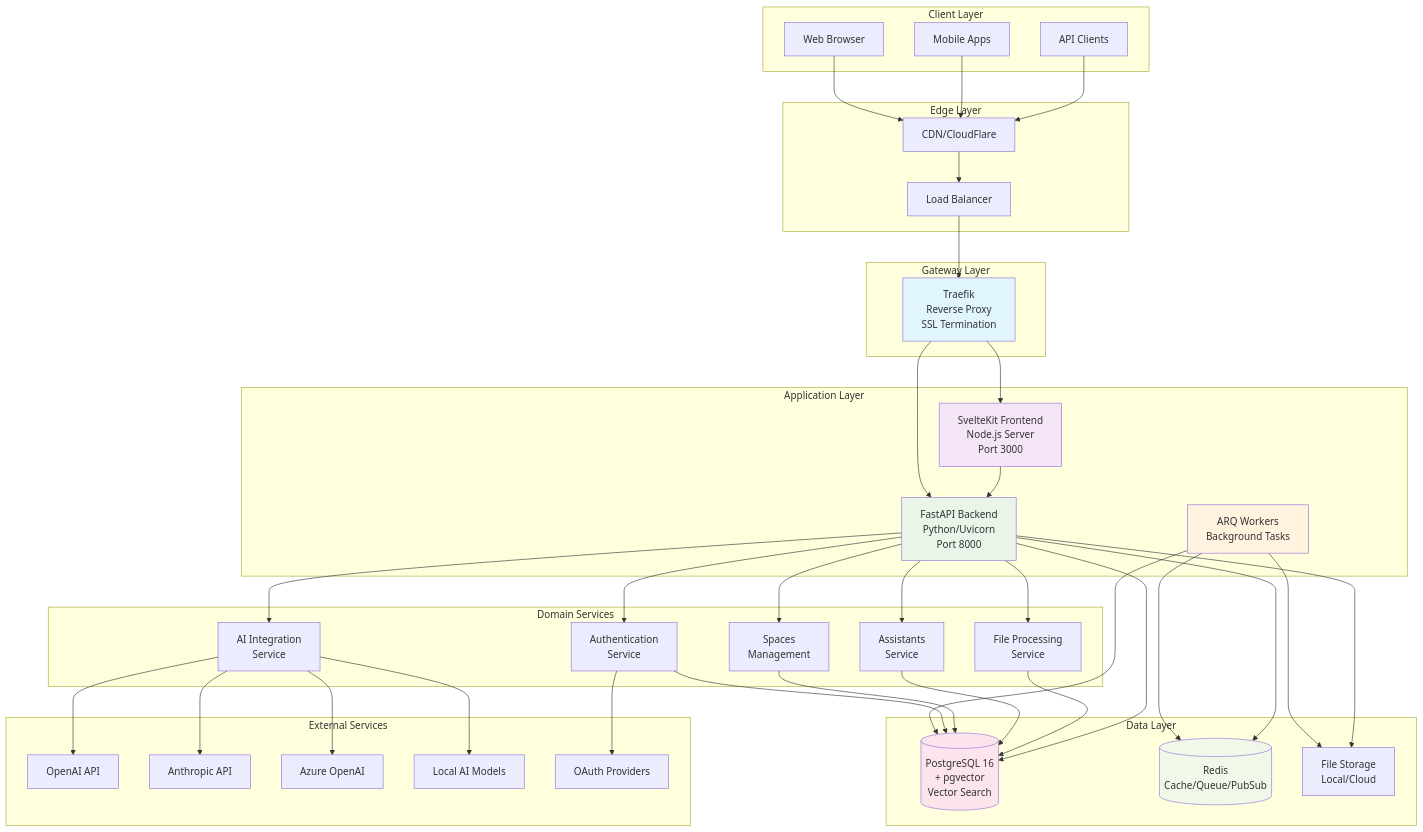
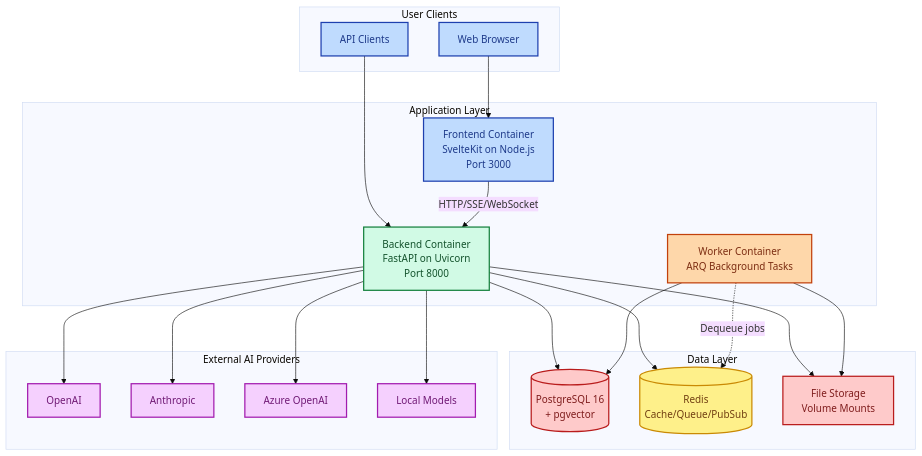
The second of 7 diagrams in docs/ARCHITECTURE.md (eneo-ai/eneo), drawn with Mermaid before and after one commit. The commit also changed other lines of this file, not shown here.

````diff
--- a/docs/ARCHITECTURE.md
+++ b/docs/ARCHITECTURE.md
@@ -27,87 +66,59 @@
 ```mermaid
-graph TB
-    subgraph "Client Layer"
+%%{init: {'theme': 'base'}}%%
+graph TD
+    classDef userFacing fill:#bfdbfe,stroke:#1e40af,stroke-width:2px,color:#1e3a8a
+    classDef appLogic fill:#d1fae5,stroke:#15803d,stroke-width:2px,color:#14532d
+    classDef dataStore fill:#fecaca,stroke:#b91c1c,stroke-width:2px,color:#7f1d1d
+    classDef caching fill:#fef08a,stroke:#ca8a04,stroke-width:2px,color:#713f12
+    classDef external fill:#f5d0fe,stroke:#a21caf,stroke-width:2px,color:#701a75
+    classDef workers fill:#fed7aa,stroke:#c2410c,stroke-width:2px,color:#7c2d12
+
+    subgraph "User Clients"
         WEB[Web Browser]
-        MOB[Mobile Apps]
-        API_CLIENT[API Clients]
+        API[API Clients]
     end
-    
-    subgraph "Edge Layer"
-        CDN[CDN/CloudFlare]
-        LB[Load Balancer]
+
+    subgraph "Application Layer"
+        FE[Frontend Container<br/>SvelteKit on Node.js<br/>Port 3000]
+        BE[Backend Container<br/>FastAPI on Uvicorn<br/>Port 8000]
+        WK[Worker Container<br/>ARQ Background Tasks]
     end
-    
-    subgraph "Gateway Layer"
-        TR[Traefik<br/>Reverse Proxy<br/>SSL Termination]
+
+    subgraph "Data Layer"
+        DB[(PostgreSQL 16<br/>+ pgvector)]
+        REDIS[(Redis<br/>Cache/Queue/PubSub)]
+        FS[File Storage<br/>Volume Mounts]
     end
-    
-    subgraph "Application Layer"
-        FE[SvelteKit Frontend<br/>Node.js Server<br/>Port 3000]
-        BE[FastAPI Backend<br/>Python/Uvicorn<br/>Port 8000]
-        WK[ARQ Workers<br/>Background Tasks]
+
+    subgraph "External AI Providers"
+        OPENAI[OpenAI]
+        ANTHROPIC[Anthropic]
+        AZURE[Azure OpenAI]
+        LOCAL[Local Models]
     end
-    
-    subgraph "Domain Services"
-        AUTH[Authentication<br/>Service]
-        SPACES[Spaces<br/>Management]
-        ASSIST[Assistants<br/>Service]
-        FILES[File Processing<br/>Service]
-        AI[AI Integration<br/>Service]
-    end
-    
-    subgraph "Data Layer"
-        DB[(PostgreSQL 16<br/>+ pgvector<br/>Vector Search)]
-        REDIS[(Redis<br/>Cache/Queue/PubSub)]
-        FS[File Storage<br/>Local/Cloud]
-    end
-    
-    subgraph "External Services"
-        OPENAI[OpenAI API]
-        ANTHROPIC[Anthropic API]
-        AZURE[Azure OpenAI]
-        LOCAL[Local AI Models]
-        OAUTH[OAuth Providers]
-    end
-    
-    WEB --> CDN
-    MOB --> CDN
-    API_CLIENT --> CDN
-    CDN --> LB
-    LB --> TR
-    
-    TR --> FE
-    TR --> BE
-    
-    FE --> BE
-    BE --> AUTH
-    BE --> SPACES
-    BE --> ASSIST
-    BE --> FILES
-    BE --> AI
-    
-    WK --> REDIS
-    WK --> DB
-    WK --> FS
-    
-    AUTH --> DB
-    SPACES --> DB
-    ASSIST --> DB
-    FILES --> DB
-    AI --> OPENAI
-    AI --> ANTHROPIC
-    AI --> AZURE
-    AI --> LOCAL
-    
+
+    WEB --> FE
+    API --> BE
+
+    FE -->|HTTP/SSE/WebSocket| BE
+
     BE --> DB
     BE --> REDIS
     BE --> FS
-    
-    AUTH --> OAUTH
-    
-    style FE fill:#f3e5f5
-    style BE fill:#e8f5e8
-    style WK fill:#fff3e0
-    style DB fill:#fce4ec
-    style REDIS fill:#f1f8e9
-    style TR fill:#e1f5fe
+    BE --> OPENAI
+    BE --> ANTHROPIC
+    BE --> AZURE
+    BE --> LOCAL
+
+    WK -.->|Dequeue jobs| REDIS
+    WK --> DB
+    WK --> FS
+
+    class WEB,API userFacing
+    class FE userFacing
+    class BE appLogic
+    class WK workers
+    class DB,FS dataStore
+    class REDIS caching
+    class OPENAI,ANTHROPIC,AZURE,LOCAL external
 ```
````
